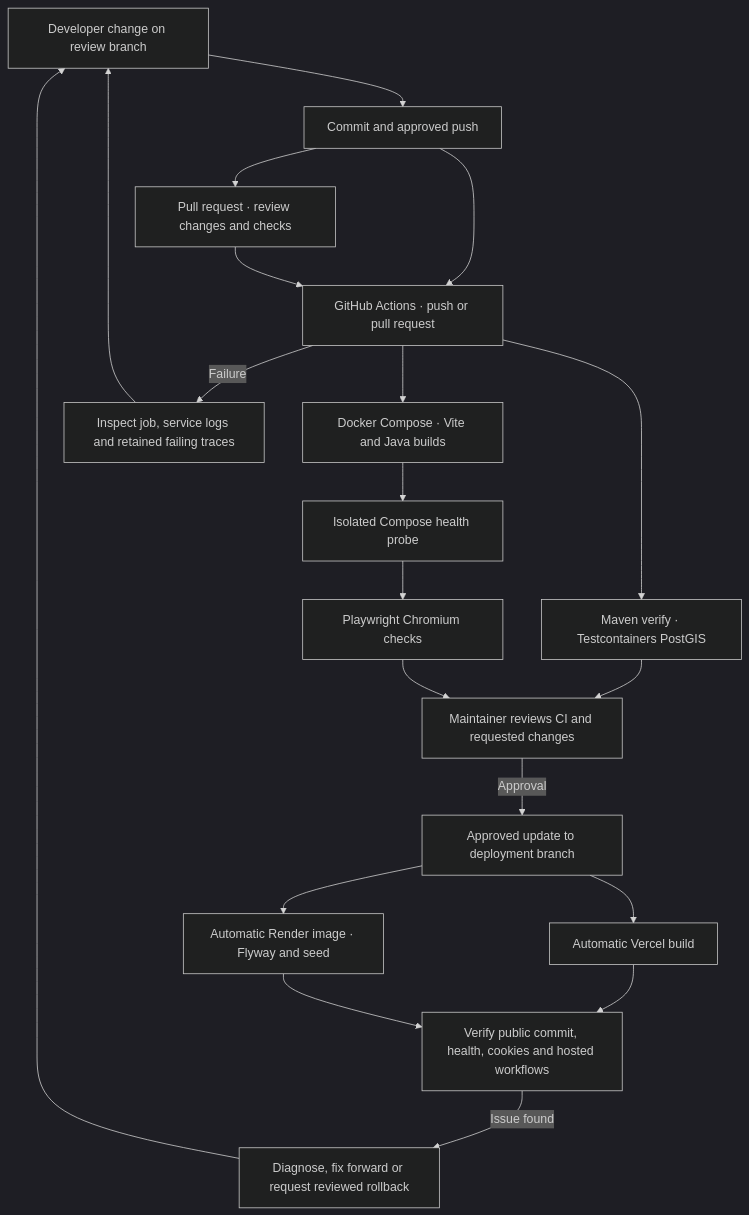
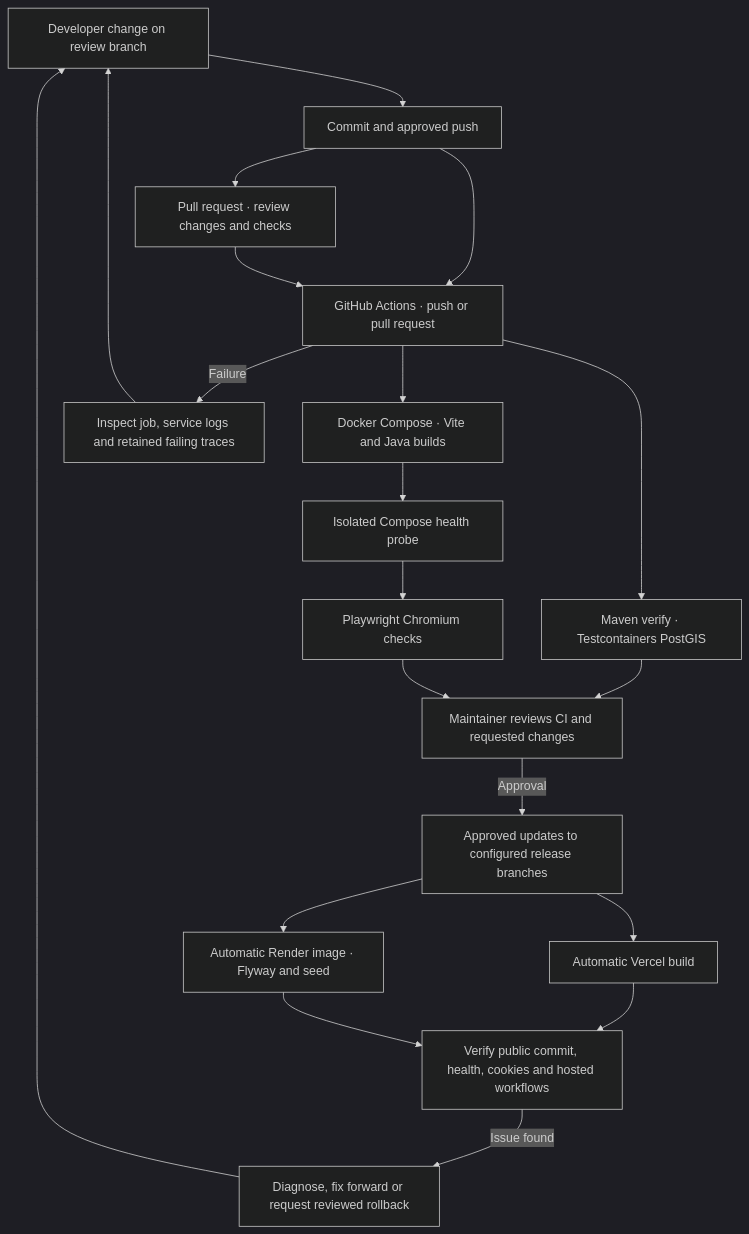
One commit to Manu577228/HydroGrid changed the second of 5 diagrams in docs/architecture/deployment.md. Above: the diagram before and after it, drawn with Mermaid (dark theme). The commit also changed other lines of this file and 6 other files, not shown here.

Commit message:
Record the active Render branch after the split release merge

````diff
--- a/docs/architecture/deployment.md
+++ b/docs/architecture/deployment.md
@@ -54,22 +54,22 @@
 ```mermaid
 flowchart TB
   Develop["Developer change on review branch"] --> Commit["Commit and approved push"]
   Commit --> PR["Pull request · review changes and checks"]
   Commit --> CI["GitHub Actions · push or pull request"]
   PR --> CI
   CI --> Java["Maven verify · Testcontainers PostGIS"]
   CI --> Compose["Docker Compose · Vite and Java builds"]
   Compose --> Ready["Isolated Compose health probe"]
   Ready --> Playwright["Playwright Chromium checks"]
   Java --> Review["Maintainer reviews CI and requested changes"]
   Playwright --> Review
   CI -->|"Failure"| Diagnose["Inspect job, service logs and retained failing traces"]
   Diagnose --> Develop
-  Review -->|"Approval"| Ship["Approved update to deployment branch"]
+  Review -->|"Approval"| Ship["Approved updates to configured release branches"]
   Ship --> Vercel["Automatic Vercel build"]
   Ship --> Render["Automatic Render image · Flyway and seed"]
   Vercel --> Smoke["Verify public commit, health, cookies and hosted workflows"]
   Render --> Smoke
   Smoke -->|"Issue found"| Recover["Diagnose, fix forward or request reviewed rollback"]
   Recover --> Develop
 ```
````
